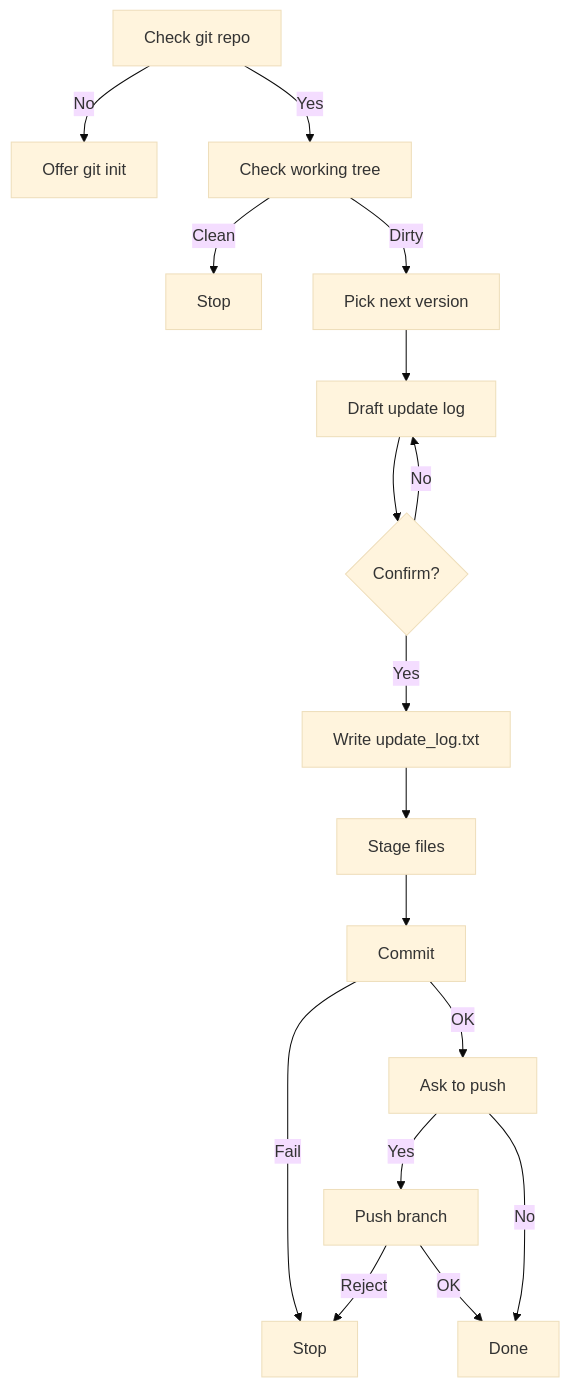
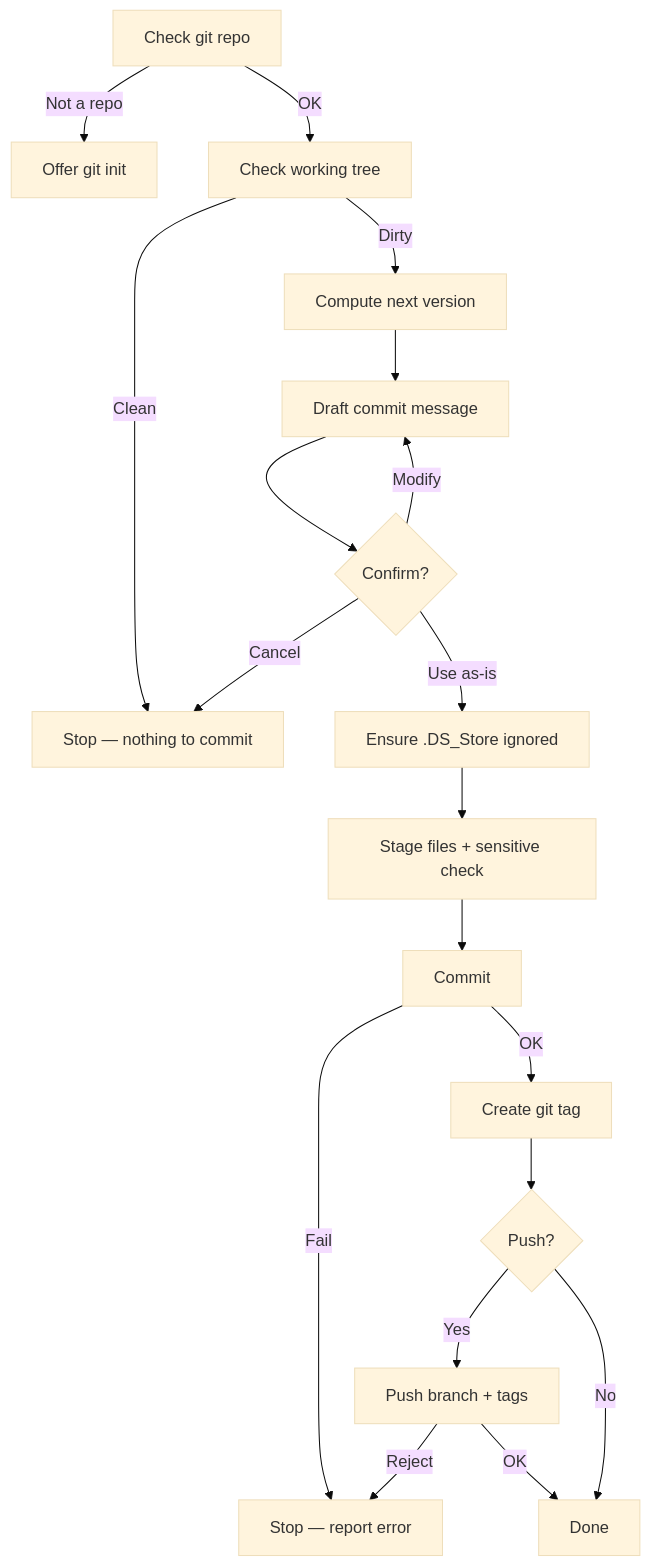
One commit to ATreep/project-version-workflow changed the diagram in README.md. Above: the diagram before and after it, drawn with Mermaid (base theme). The commit also changed other lines of this file and 5 other files, not shown here.

First line of the commit message:
v260505 feat. rewrite skills with professional commit format and git tags

````diff
--- a/README.md
+++ b/README.md
@@ -57,19 +68,21 @@
 ```mermaid
 flowchart TD
-    A[Check git repo] -->|No| B[Offer git init]
-    A -->|Yes| C[Check working tree]
-    C -->|Clean| D[Stop]
-    C -->|Dirty| E[Pick next version]
-    E --> F[Draft update log]
+    A[Check git repo] -->|Not a repo| B[Offer git init]
+    A -->|OK| C[Check working tree]
+    C -->|Clean| D[Stop — nothing to commit]
+    C -->|Dirty| E[Compute next version]
+    E --> F[Draft commit message]
     F --> G{Confirm?}
-    G -->|No| F
-    G -->|Yes| H[Write update_log.txt]
-    H --> I[Stage files]
+    G -->|Modify| F
+    G -->|Cancel| D
+    G -->|Use as-is| H[Ensure .DS_Store ignored]
+    H --> I[Stage files + sensitive check]
     I --> J[Commit]
-    J -->|Fail| K[Stop]
-    J -->|OK| L[Ask to push]
-    L -->|Yes| M[Push branch]
-    M -->|Reject| K
-    M -->|OK| N[Done]
-    L -->|No| N
+    J -->|Fail| K[Stop — report error]
+    J -->|OK| L[Create git tag]
+    L --> M{Push?}
+    M -->|Yes| N[Push branch + tags]
+    N -->|Reject| K
+    M -->|No| O[Done]
+    N -->|OK| O
 ```
````
